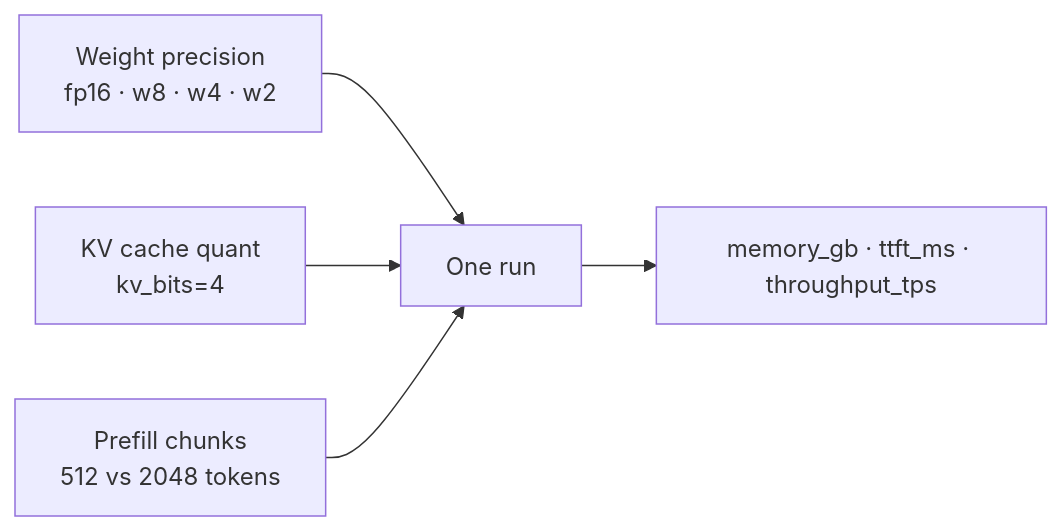
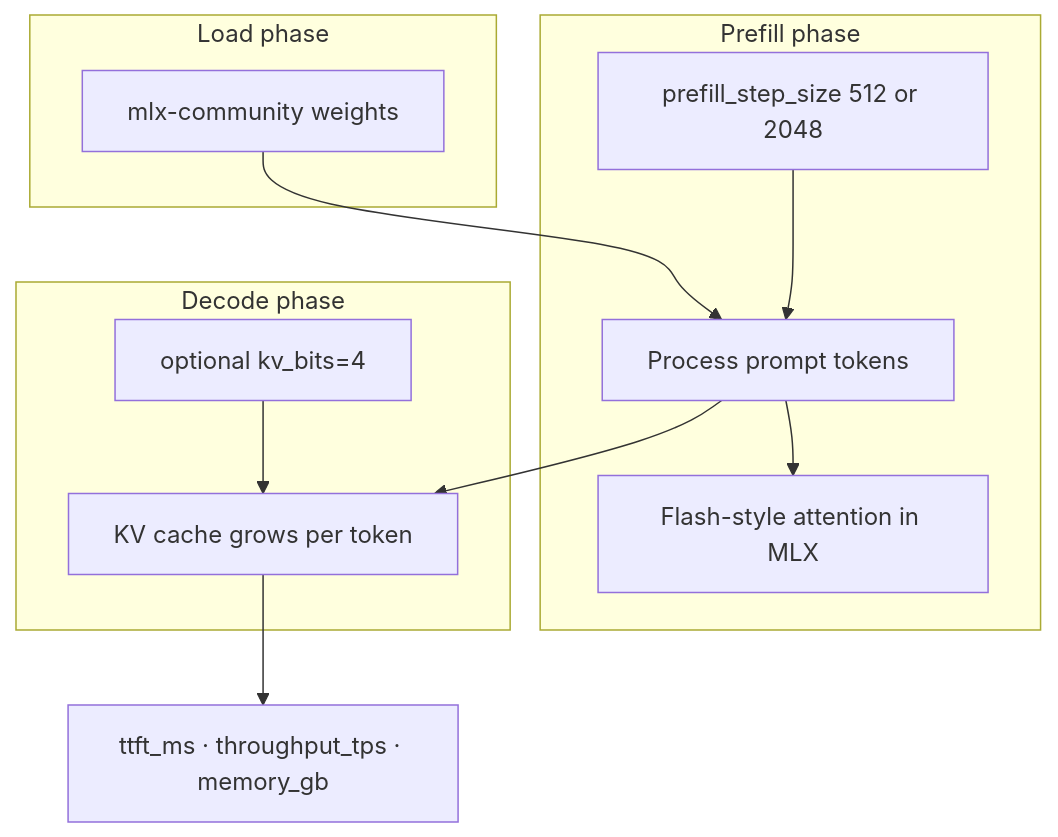
Before and after one commit to Chirumamilla1522/LLM-Inference: the second of 3 diagrams in README.md, drawn with Mermaid. The commit also changed other lines of this file, not shown here.

````diff
--- a/README.md
+++ b/README.md
@@ -99,10 +214,21 @@
 ```mermaid
-flowchart LR
-  W["Weight precision<br/>fp16 · w8 · w4 · w2"]
-  KV["KV cache quant<br/>kv_bits=4"]
-  PF["Prefill chunks<br/>512 vs 2048 tokens"]
-  W --> R["One run"]
-  KV --> R
-  PF --> R
-  R --> M["memory_gb · ttft_ms · throughput_tps"]
+flowchart TB
+  subgraph load["Load phase"]
+    HF["mlx-community weights"]
+  end
+  subgraph prefill["Prefill phase"]
+    P["Process prompt tokens"]
+    FA["Flash-style attention in MLX"]
+    PS["prefill_step_size 512 or 2048"]
+  end
+  subgraph decode["Decode phase"]
+    KV["KV cache grows per token"]
+    KQ["optional kv_bits=4"]
+  end
+  HF --> P
+  P --> FA
+  PS --> P
+  P --> KV
+  KQ --> KV
+  KV --> OUT["ttft_ms · throughput_tps · memory_gb"]
 ```
````
